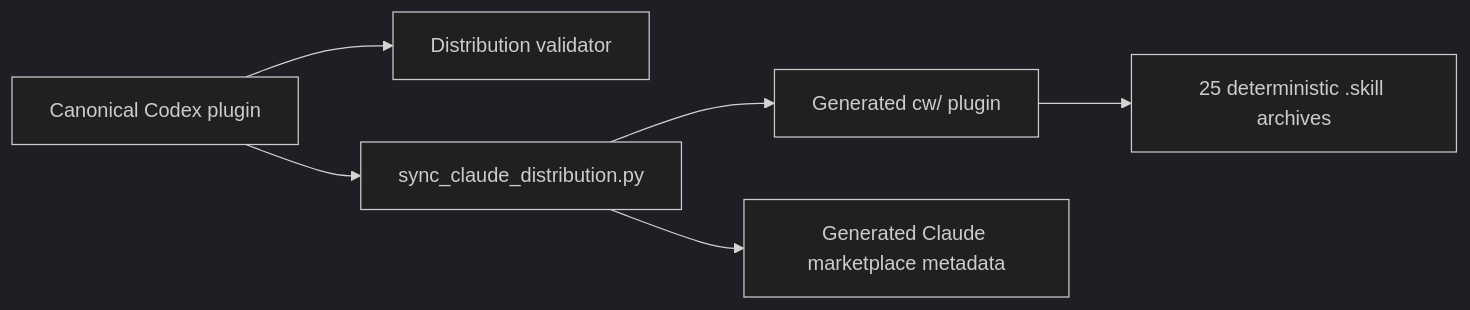
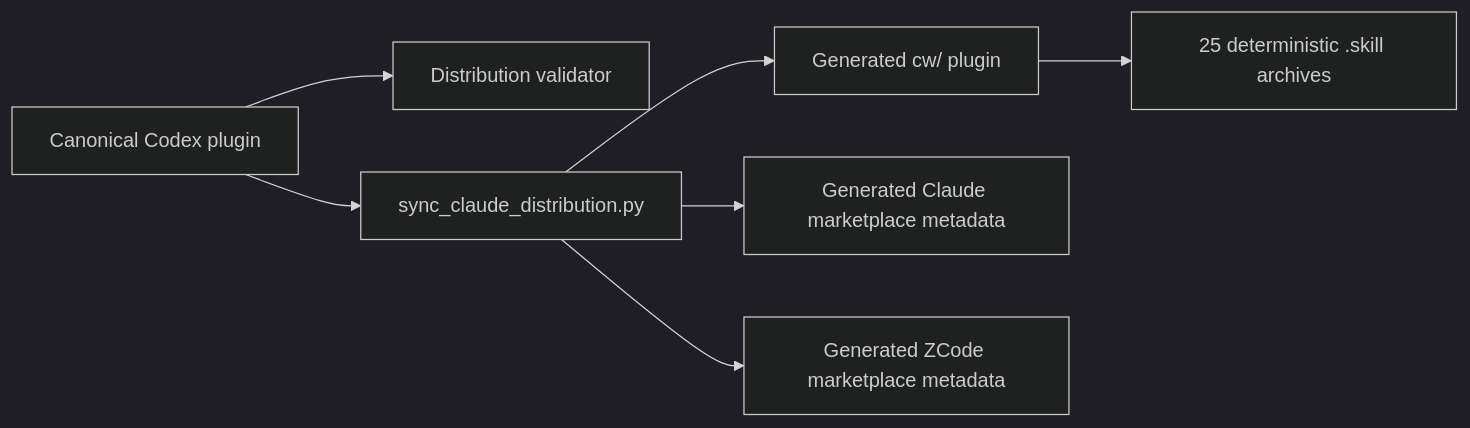
One commit to InkyQuill/creative-writing-skills changed the third of 3 diagrams in docs/architecture.md. Above: the diagram before and after it, drawn with Mermaid (dark theme). The commit also changed other lines of this file and 12 other files, not shown here.

First line of the commit message:
feat: add ZCode plugin marketplace compatibility

````diff
--- a/docs/architecture.md
+++ b/docs/architecture.md
@@ -82,8 +82,9 @@
 ```mermaid
 flowchart LR
     C[Canonical Codex plugin] --> V[Distribution validator]
     C --> G[sync_claude_distribution.py]
     G --> CW[Generated cw/ plugin]
     G --> CM[Generated Claude marketplace metadata]
+    G --> ZM[Generated ZCode marketplace metadata]
     CW --> Z[25 deterministic .skill archives]
 ```
````
